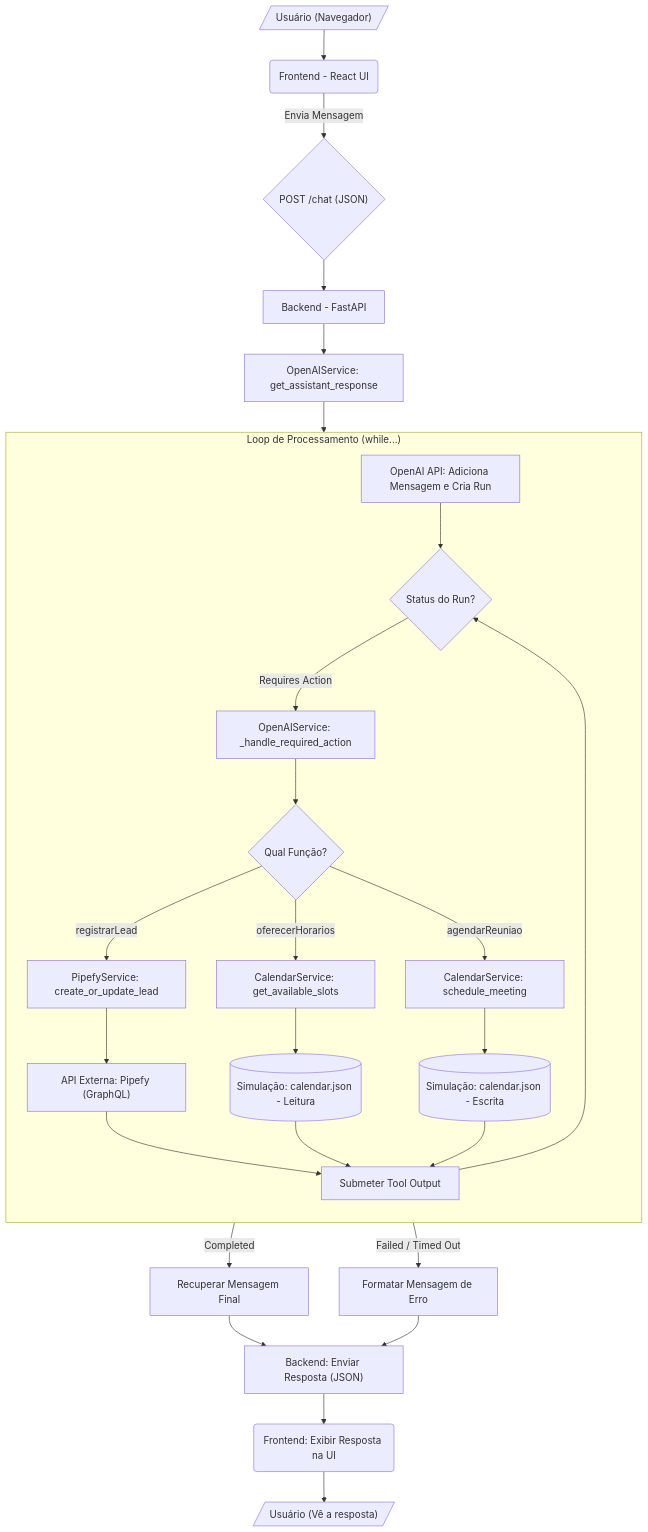
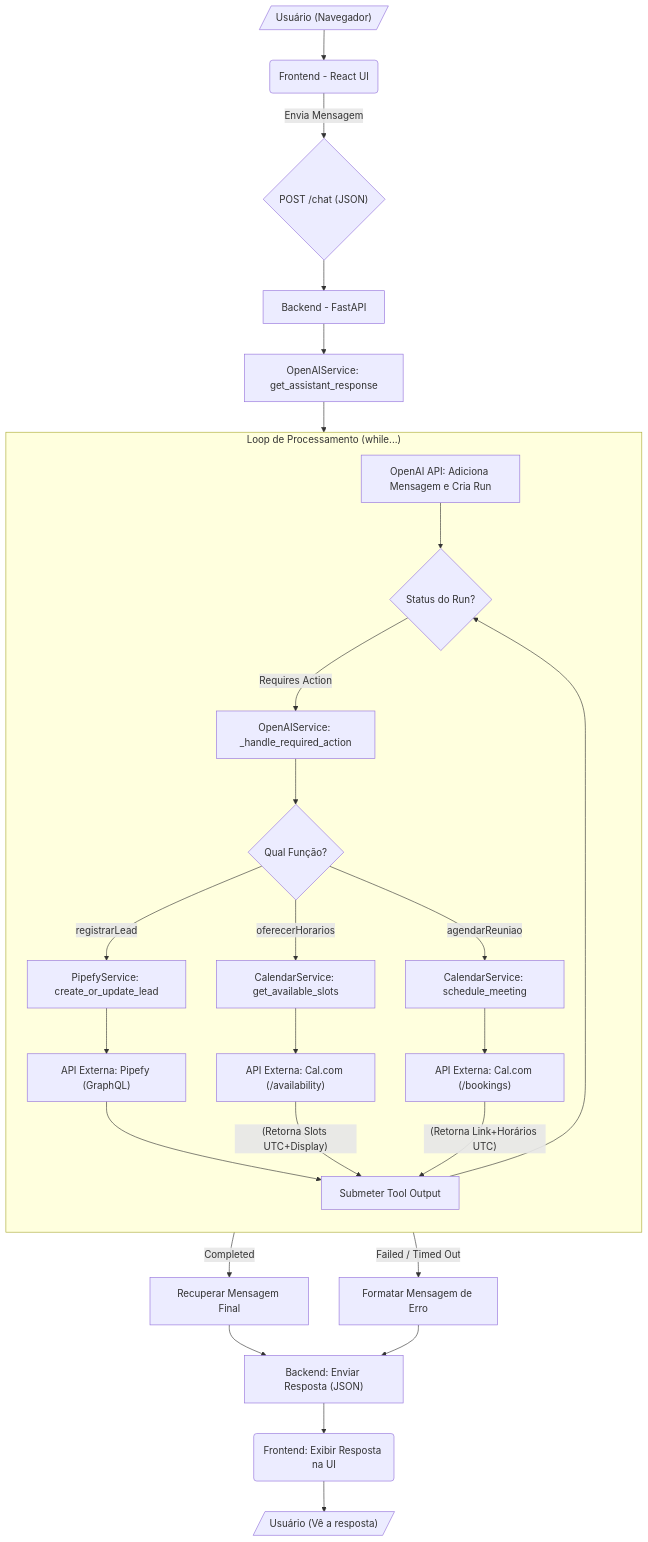
Before and after one commit to Oseiasdfarias/oseias_desafio_elite_dev_ia: the second of 2 diagrams in README.md, drawn with Mermaid. The commit also changed other lines of this file, not shown here.

````diff
--- a/README.md
+++ b/README.md
@@ -87,40 +90,40 @@
 ```mermaid
 flowchart TD;
     A[/"Usuário (Navegador)"/] --> B("Frontend - React UI");
     B -- "Envia Mensagem" --> C{"POST /chat (JSON)"};
     C --> D["Backend - FastAPI"];
     D --> E["OpenAIService: get_assistant_response"];
     E --> F["OpenAI API: Adiciona Mensagem e Cria Run"];
-    
+
     subgraph "Loop de Processamento (while...)"
         direction TB;
         F --> G{"Status do Run?"};
         G -- "Requires Action" --> M["OpenAIService: _handle_required_action"];
         M --> N{"Qual Função?"};
-        
+
         N -- "registrarLead" --> O["PipefyService: create_or_update_lead"];
         O --> P["API Externa: Pipefy (GraphQL)"];
-        
+
         N -- "oferecerHorarios" --> Q["CalendarService: get_available_slots"];
-        Q --> R[("Simulação: calendar.json - Leitura")];
+        Q --> R["API Externa: Cal.com (/availability)"];
 
         N -- "agendarReuniao" --> S["CalendarService: schedule_meeting"];
-        S --> T[("Simulação: calendar.json - Escrita")];
+        S --> T["API Externa: Cal.com (/bookings)"];
 
         P --> U["Submeter Tool Output"];
-        R --> U;
-        T --> U;
-        
+        R -- "(Retorna Slots UTC+Display)" --> U;
+        T -- "(Retorna Link+Horários UTC)" --> U;
+
         U --> G;
     end;
 
     G -- "Completed" --> H["Recuperar Mensagem Final"];
     H --> I["Backend: Enviar Resposta (JSON)"];
-    
+
     G -- "Failed / Timed Out" --> L["Formatar Mensagem de Erro"];
     L --> I;
 
     I --> J("Frontend: Exibir Resposta na UI");
     J --> K[/"Usuário (Vê a resposta)"/];
 
 ```
````
